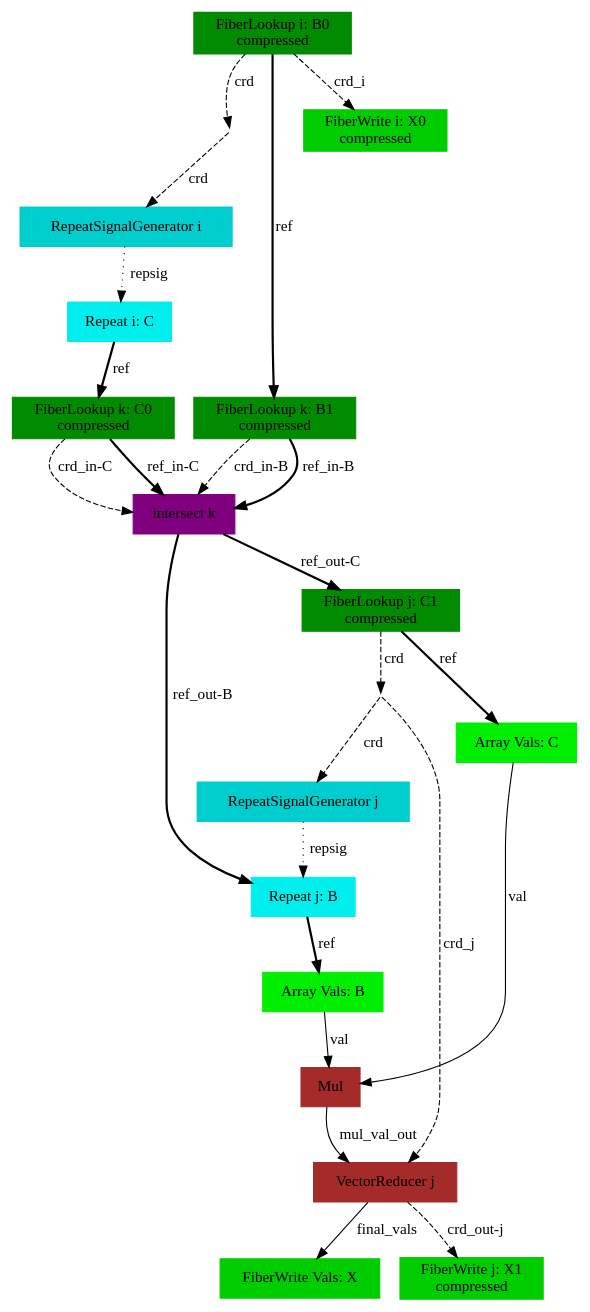
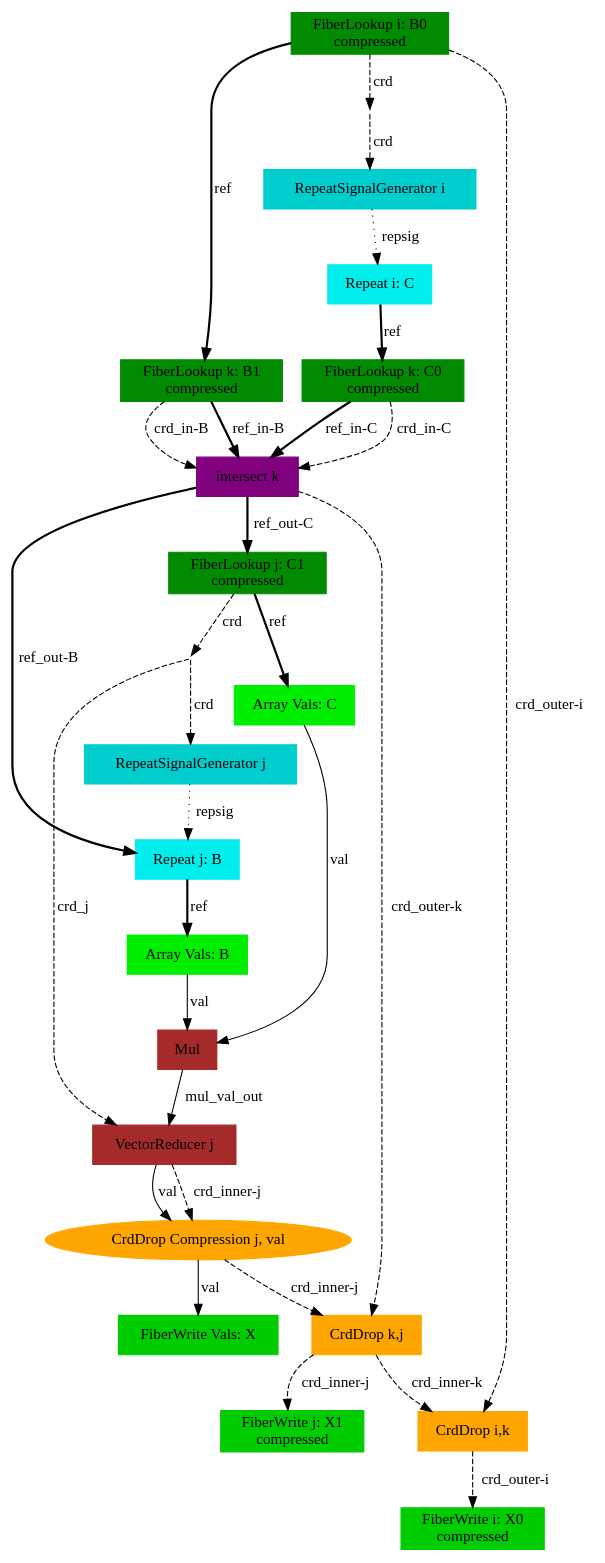
Before and after one commit to weiya711/sam: the diagram in compiler/sam-outputs/onyx-dot/matmul_ikj.gv, drawn with Graphviz. The commit also changed 1 other file, not shown here.

Commit message:
Initial attempt at bringing crddrop back

```diff
--- a/compiler/sam-outputs/onyx-dot/matmul_ikj.gv
+++ b/compiler/sam-outputs/onyx-dot/matmul_ikj.gv
@@ -1,44 +1,53 @@
 digraph SAM {
     comment="X=ss01,B=ss01,C=ss01"
     20 [comment="type=vectorreducer,index=j" label="VectorReducer j" color=brown shape=box style=filled type="vectorreducer" accum_index="j"]
     0 [comment="type=fiberwrite,mode=vals,tensor=X,size=1*B0_dim*C1_dim,sink=true" label="FiberWrite Vals: X" color=green3 shape=box style=filled type="fiberwrite" tensor="X" mode="vals" size="1*B0_dim*C1_dim" sink="true"]
     1 [comment="type=fiberwrite,index=j,tensor=X,mode=1,format=compressed,segsize=B0_dim+1,crdsize=B0_dim*C1_dim,sink=true" label="FiberWrite j: X1\ncompressed" color=green3 shape=box style=filled type="fiberwrite" index="j" tensor="X" mode="1" format="compressed" segsize="B0_dim+1" crdsize="B0_dim*C1_dim" sink="true"]
     19 [comment="type=fiberlookup,index=i,tensor=B,mode=0,format=compressed,src=true,root=true" label="FiberLookup i: B0\ncompressed" color=green4 shape=box style=filled type="fiberlookup" index="i" tensor="B" mode="0" format="compressed" src="true" root="true"]
     18 [comment="type=broadcast" shape=point style=invis type="broadcast"]
     2 [comment="type=fiberwrite,index=i,tensor=X,mode=0,format=compressed,segsize=2,crdsize=B0_dim,sink=true" label="FiberWrite i: X0\ncompressed" color=green3 shape=box style=filled type="fiberwrite" index="i" tensor="X" mode="0" format="compressed" segsize="2" crdsize="B0_dim" sink="true"]
     17 [comment="type=repsiggen,index=i" label="RepeatSignalGenerator i" color=cyan3 shape=box style=filled type="repsiggen" index="i"]
     16 [comment="type=repeat,index=i,tensor=C,root=true" label="Repeat i: C" color=cyan2 shape=box style=filled type="repeat" index="i" tensor="C" root="true"]
     15 [comment="type=fiberlookup,index=k,tensor=C,mode=0,format=compressed,src=true,root=false" label="FiberLookup k: C0\ncompressed" color=green4 shape=box style=filled type="fiberlookup" index="k" tensor="C" mode="0" format="compressed" src="true" root="false"]
     13 [comment="type=intersect,index=k" label="intersect k" color=purple shape=box style=filled type="intersect" index="k"]
     9 [comment="type=repeat,index=j,tensor=B,root=false" label="Repeat j: B" color=cyan2 shape=box style=filled type="repeat" index="j" tensor="B" root="false"]
     7 [comment="type=arrayvals,tensor=B" label="Array Vals: B" color=green2 shape=box style=filled type="arrayvals" tensor="B"]
     6 [comment="type=mul" label="Mul" color=brown shape=box style=filled type="mul"]
     12 [comment="type=fiberlookup,index=j,tensor=C,mode=1,format=compressed,src=true,root=false" label="FiberLookup j: C1\ncompressed" color=green4 shape=box style=filled type="fiberlookup" index="j" tensor="C" mode="1" format="compressed" src="true" root="false"]
     11 [comment="type=broadcast" shape=point style=invis type="broadcast"]
     10 [comment="type=repsiggen,index=j" label="RepeatSignalGenerator j" color=cyan3 shape=box style=filled type="repsiggen" index="j"]
     8 [comment="type=arrayvals,tensor=C" label="Array Vals: C" color=green2 shape=box style=filled type="arrayvals" tensor="C"]
     14 [comment="type=fiberlookup,index=k,tensor=B,mode=1,format=compressed,src=true,root=false" label="FiberLookup k: B1\ncompressed" color=green4 shape=box style=filled type="fiberlookup" index="k" tensor="B" mode="1" format="compressed" src="true" root="false"]
+    21 [comment="type=crddrop,outer=j,inner=val,mode=0" label="CrdDrop Compression j, val" color=orange style=filled type="crddrop" outer="j" inner="val" mode="0"]
+    22 [comment="type=crddrop,outer=k,inner=j" label="CrdDrop k,j" color=orange shape=box style=filled type="crddrop" outer="k" inner="j"]
+    23 [comment="type=crddrop,outer=i,inner=k" label="CrdDrop i,k" color=orange shape=box style=filled type="crddrop" outer="i" inner="k"]
     19 -> 18 [label="crd" style=dashed type="crd" comment=""]
     18 -> 17 [label="crd" style=dashed type="crd" comment=""]
     17 -> 16 [label="repsig" style=dotted type="repsig"]
     16 -> 15 [label="ref" style=bold type="ref"]
     15 -> 13 [label="crd_in-C" style=dashed type="crd" comment="in-C"]
     13 -> 9 [label="ref_out-B" style=bold type="ref" comment="out-B"]
     9 -> 7 [label="ref" style=bold type="ref"]
     7 -> 6 [label="val" type="val"]
     13 -> 12 [label="ref_out-C" style=bold type="ref" comment="out-C"]
     12 -> 11 [label="crd" style=dashed type="crd" comment=""]
-    19 -> 2 [label="crd_i" style=dashed type="crd" comment="i"]
     11 -> 20 [label="crd_j" style=dashed type="crd" comment="j" special="true"]
     11 -> 10 [label="crd" style=dashed type="crd" comment=""]
     10 -> 9 [label="repsig" style=dotted type="repsig"]
     12 -> 8 [label="ref" style=bold type="ref" comment=""]
     8 -> 6 [label="val" type="val"]
     15 -> 13 [label="ref_in-C" style=bold type="ref" comment="in-C"]
     19 -> 14 [label="ref" style=bold type="ref" comment=""]
     14 -> 13 [label="crd_in-B" style=dashed type="crd" comment="in-B"]
     14 -> 13 [label="ref_in-B" style=bold type="ref" comment="in-B"]
     6 -> 20 [label="mul_val_out" type="val"]
-    20 -> 0 [label="final_vals" type="val"]
-    20 -> 1 [label="crd_out-j" style=dashed type="crd" comment="out-j"]
+    21 -> 0 [label="val" type="val" comment="inner-val"]
+    21 -> 22 [label="crd_inner-j" style=dashed type="crd" comment="outer-j"]
+    13 -> 22  [label="crd_outer-k" style=dashed type="crd" comment="outer-k"]
+    20 -> 21 [label="val" type="val" comment="inner-val"]
+    20 -> 21 [label="crd_inner-j" style=dashed type="crd" comment="outer-j"]
+    22 -> 1 [label="crd_inner-j" style=dashed type="crd" comment="inner-j"]
+    22 -> 23 [label="crd_inner-k" style=dashed type="crd" comment="inner-k"]
+    19 -> 23 [label="crd_outer-i" style=dashed type="crd" comment="outer-i"]
+    23 -> 2 [label="crd_outer-i" style=dashed type="crd" comment="outer-i"]
 }
```
